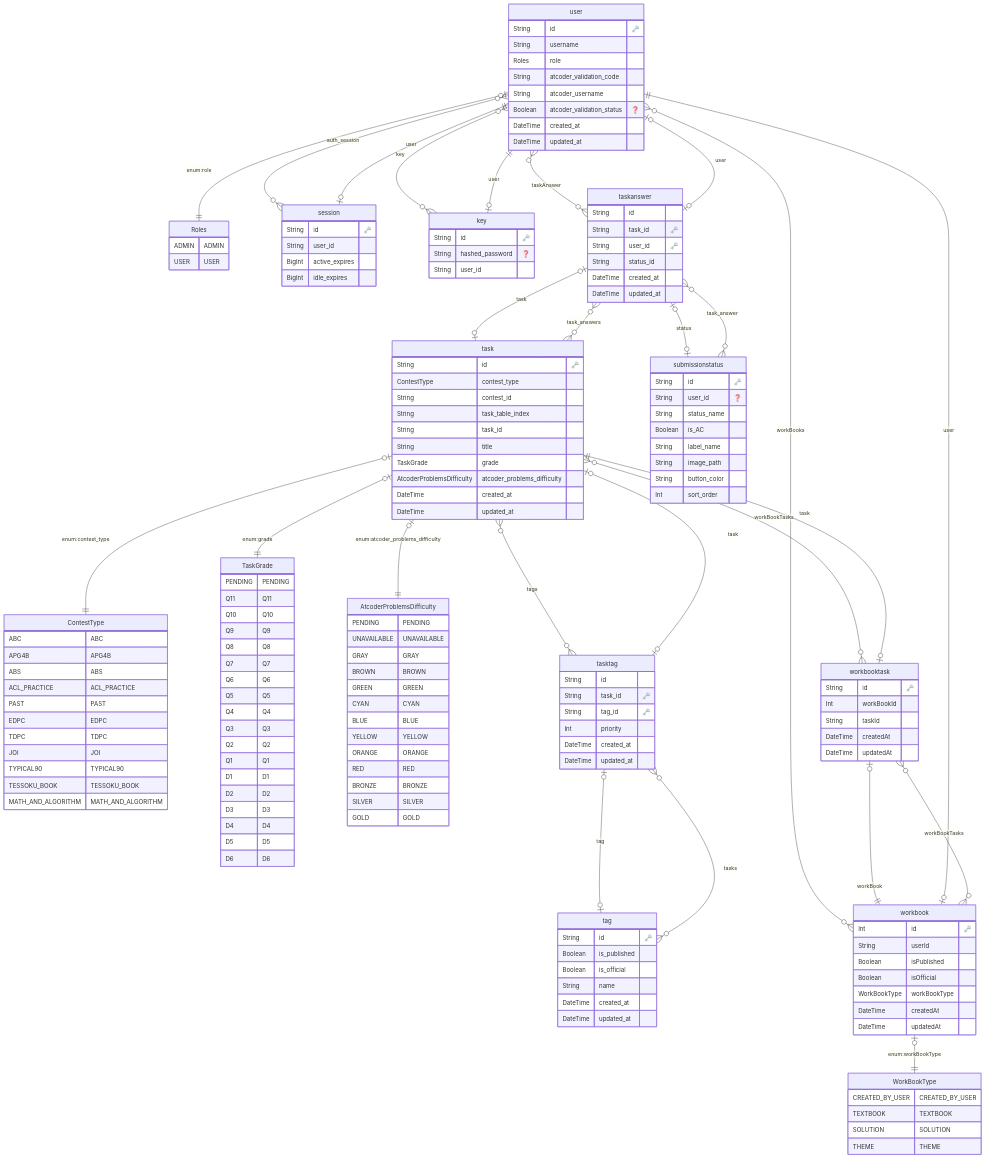
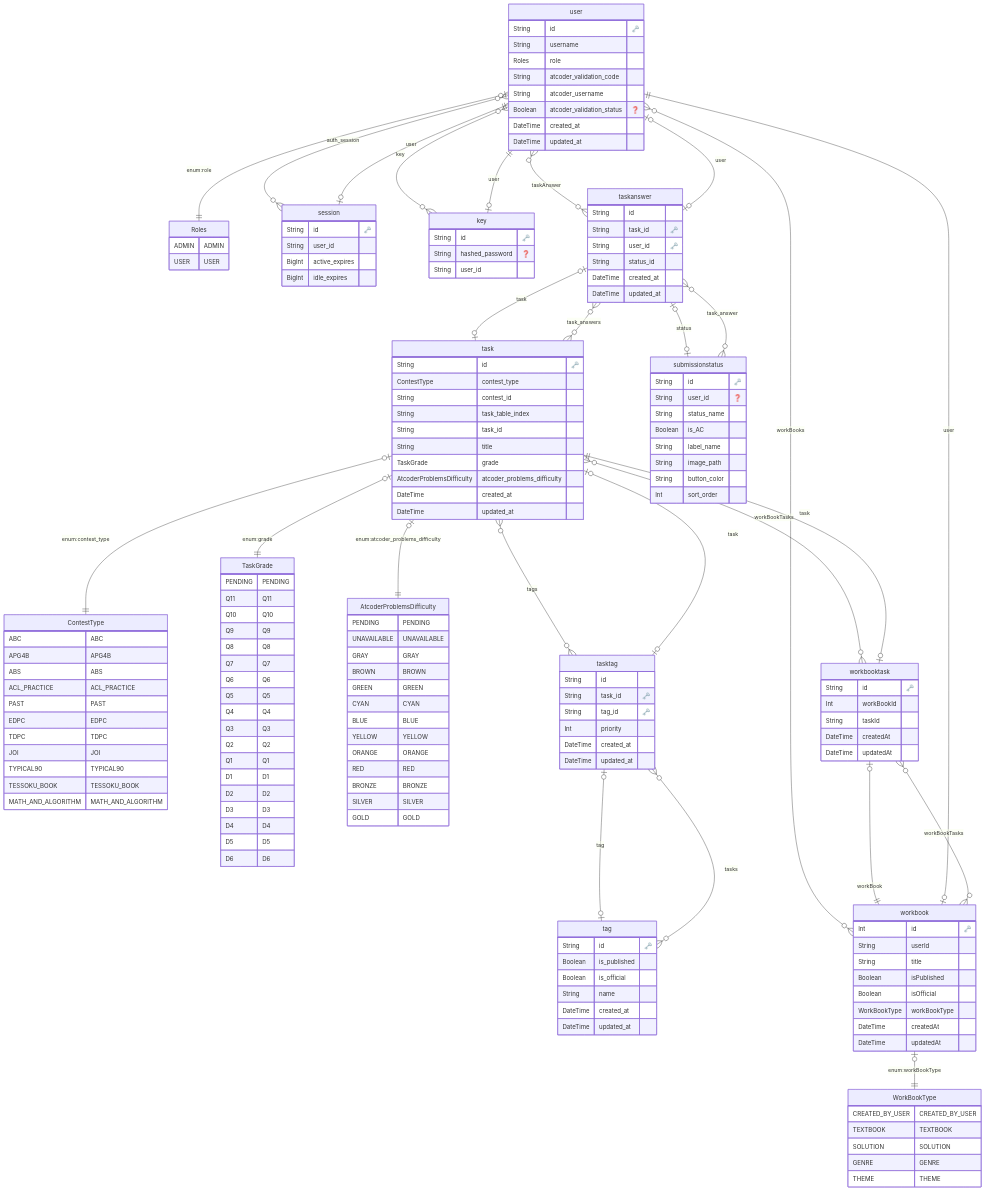
The diagram in prisma/ERD.md (AtCoder-NoviSteps/AtCoderNoviSteps), drawn with Mermaid before and after one commit. The commit also changed 2 other files, not shown here.

Commit message:
✨ Add genre to WorkBookType table (#697)

```diff
--- a/prisma/ERD.md
+++ b/prisma/ERD.md
@@ -69,6 +69,7 @@
             CREATED_BY_USER CREATED_BY_USER
 TEXTBOOK TEXTBOOK
 SOLUTION SOLUTION
+GENRE GENRE
 THEME THEME
         }
     
@@ -158,6 +159,7 @@
   "workbook" {
     Int id "🗝️"
     String userId 
+    String title 
     Boolean isPublished 
     Boolean isOfficial 
     WorkBookType workBookType 
```
